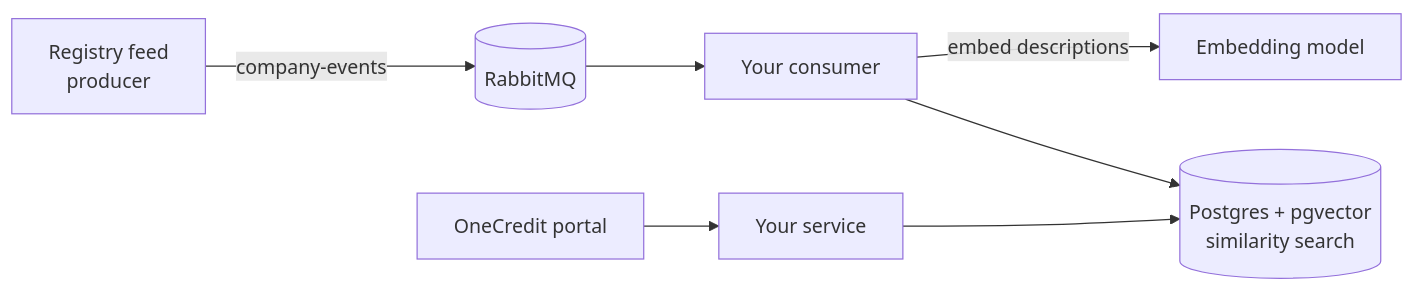
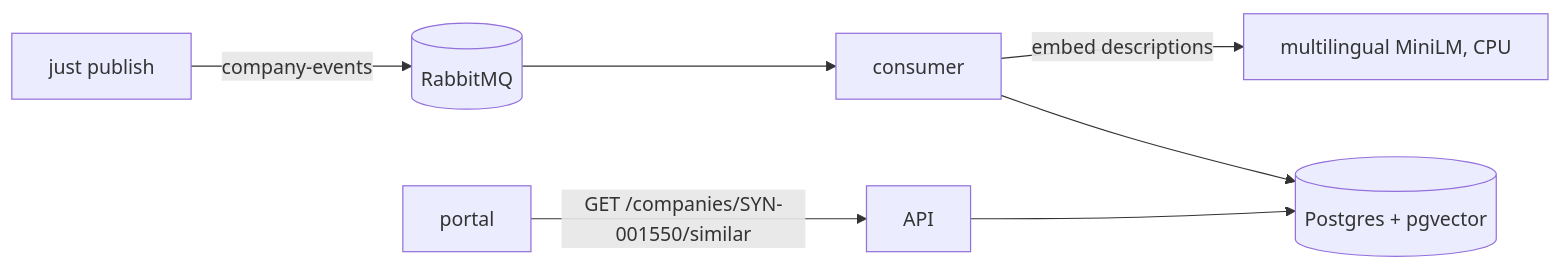
The diagram in README.md (poonYeongShian/company-recommend), drawn with Mermaid before and after one commit. The commit also changed other lines of this file and 5 other files, not shown here.

````diff
--- a/README.md
+++ b/README.md
@@ -69,9 +7,9 @@
 ```mermaid
 flowchart LR
-    P[Registry feed<br/>producer] -->|company-events| Q[(RabbitMQ)]
-    Q --> C[Your consumer]
-    C -->|embed descriptions| E[Embedding model]
-    C --> D[(Postgres + pgvector<br/>similarity search)]
-    A[Your service] --> D
-    W[OneCredit portal] --> A
+    P[just publish] -->|company-events| Q[(RabbitMQ)]
+    Q --> C[consumer]
+    C -->|embed descriptions| E[multilingual MiniLM, CPU]
+    C --> D[(Postgres + pgvector)]
+    A[API] --> D
+    W[portal] -->|GET /companies/SYN-001550/similar| A
 ```
````
